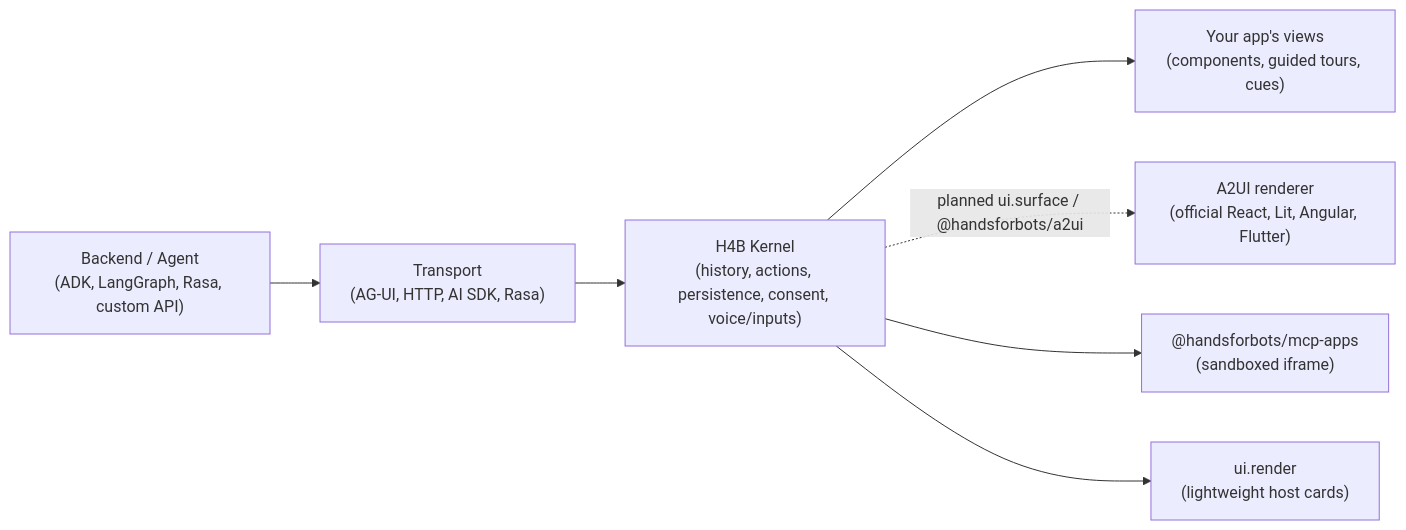
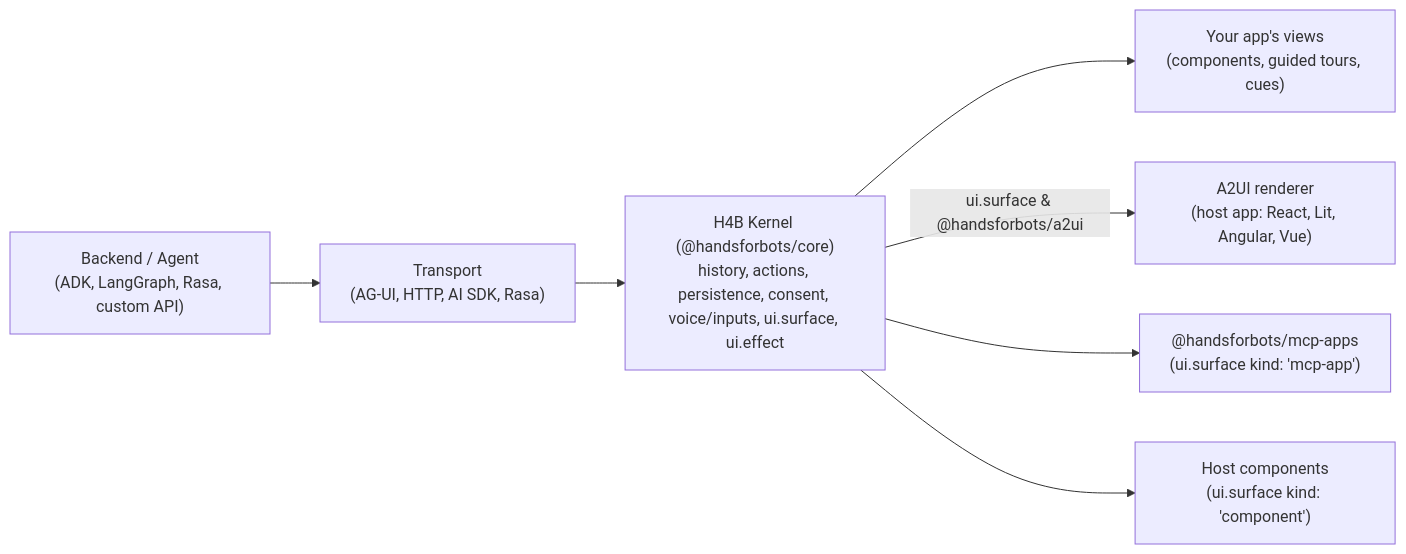
Before and after one commit to handsforbots/handsforbots: the diagram in docs/en-us/ecosystem.md, drawn with Mermaid. The commit also changed other lines of this file and 55 other files, not shown here.

Commit message:
feat!(core): replace ui.render with ui.surface and add headless @handsforbots/a2ui.

````diff
--- a/docs/en-us/ecosystem.md
+++ b/docs/en-us/ecosystem.md
@@ -7,9 +7,9 @@
 ```mermaid
 flowchart LR
   B["Backend / Agent<br/>(ADK, LangGraph, Rasa, custom API)"] --> T["Transport<br/>(AG-UI, HTTP, AI SDK, Rasa)"]
-  T --> K["H4B Kernel<br/>(history, actions, persistence, consent, voice/inputs)"]
+  T --> K["H4B Kernel (@handsforbots/core)<br/>history, actions, persistence, consent, voice/inputs, ui.surface, ui.effect"]
   K --> V["Your app's views<br/>(components, guided tours, cues)"]
-  K -. "planned ui.surface / @handsforbots/a2ui" .-> A2["A2UI renderer<br/>(official React, Lit, Angular, Flutter)"]
-  K --> M["@handsforbots/mcp-apps<br/>(sandboxed iframe)"]
-  K --> R["ui.render<br/>(lightweight host cards)"]
+  K -->|"ui.surface & @handsforbots/a2ui"| A2["A2UI renderer<br/>(host app: React, Lit, Angular, Vue)"]
+  K --> M["@handsforbots/mcp-apps<br/>(ui.surface kind: 'mcp-app')"]
+  K --> R["Host components<br/>(ui.surface kind: 'component')"]
 ```
````
